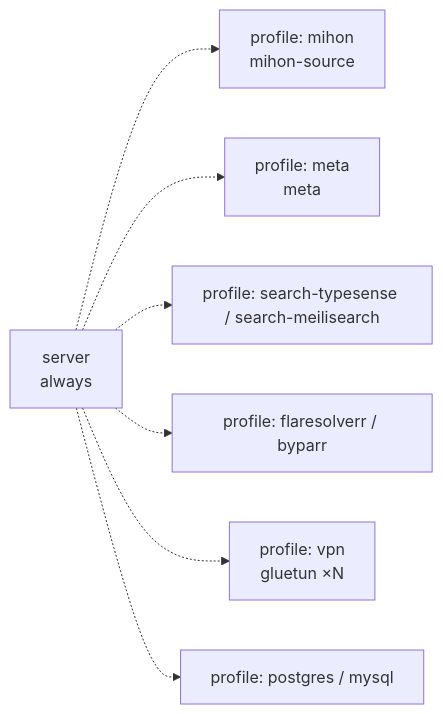
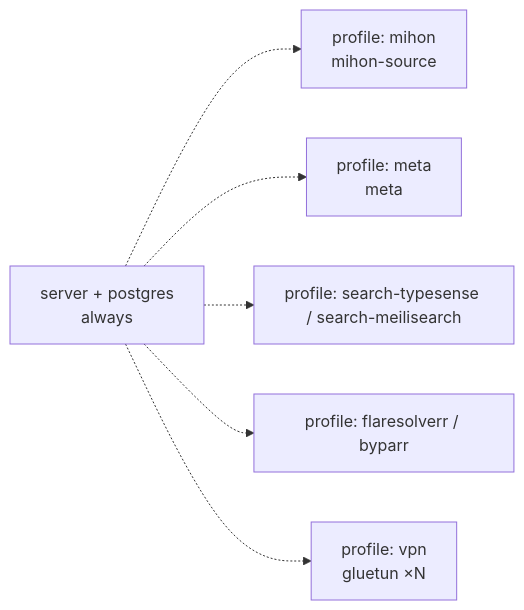
The diagram in architecture/deployment.md (panelarr/knowledge), drawn with Mermaid before and after one commit. The commit also changed other lines of this file and 31 other files, not shown here.

````diff
--- a/architecture/deployment.md
+++ b/architecture/deployment.md
@@ -28,10 +29,9 @@
 ```mermaid
 flowchart LR
-    S[server<br/>always]
+    S[server + postgres<br/>always]
     S -.-> P1[profile: mihon<br/>mihon-source]
     S -.-> P2[profile: meta<br/>meta]
     S -.-> P3[profile: search-typesense / search-meilisearch]
     S -.-> P4[profile: flaresolverr / byparr]
     S -.-> P5[profile: vpn<br/>gluetun ×N]
-    S -.-> P6[profile: postgres / mysql]
 ```
````
